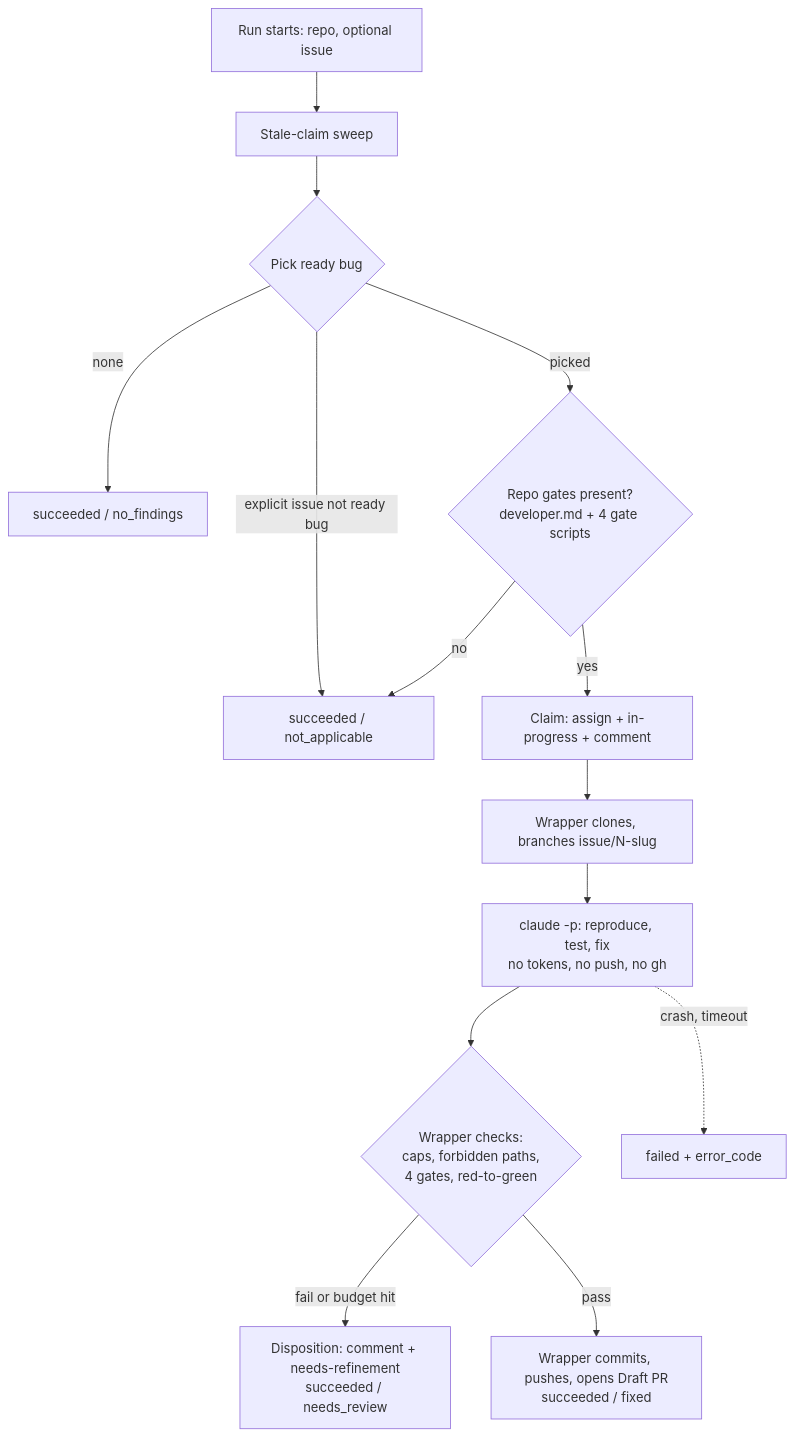
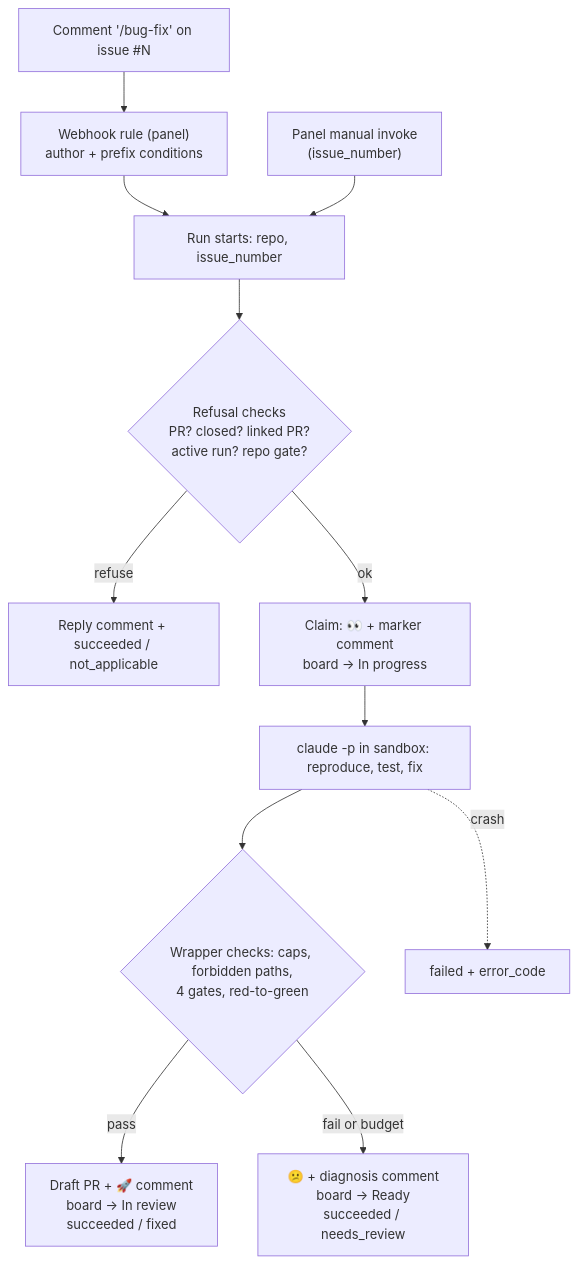
One commit to llipe/dev-tasks-agent-fleet changed the first of 2 diagrams in docs/requirements/prd-bug-fix-agent.md. Above: the diagram before and after it, drawn with Mermaid. The commit also changed other lines of this file and 8 other files, not shown here.

First line of the commit message:
docs(bug-fix): PRD v2.0 issue mode - /bug-fix trigger, no labels, Projects board

````diff
--- a/docs/requirements/prd-bug-fix-agent.md
+++ b/docs/requirements/prd-bug-fix-agent.md
@@ -27,16 +28,14 @@
 ```mermaid
 flowchart TD
-    A[Run starts: repo, optional issue] --> B[Stale-claim sweep]
-    B --> C{Pick ready bug}
-    C -- none --> N1[succeeded / no_findings]
-    C -- explicit issue not ready bug --> N2[succeeded / not_applicable]
-    C -- picked --> D{Repo gates present?<br/>developer.md + 4 gate scripts}
-    D -- no --> N2
-    D -- yes --> E[Claim: assign + in-progress + comment]
-    E --> F[Wrapper clones, branches issue/N-slug]
-    F --> G[claude -p: reproduce, test, fix<br/>no tokens, no push, no gh]
-    G --> H{Wrapper checks:<br/>caps, forbidden paths,<br/>4 gates, red-to-green}
-    H -- fail or budget hit --> I[Disposition: comment + needs-refinement<br/>succeeded / needs_review]
-    H -- pass --> J[Wrapper commits, pushes, opens Draft PR<br/>succeeded / fixed]
-    G -. crash, timeout .-> K[failed + error_code]
+    T["Comment '/bug-fix' on issue #N"] --> WH["Webhook rule (panel)<br/>author + prefix conditions"]
+    WH --> A["Run starts: repo, issue_number"]
+    M["Panel manual invoke<br/>(issue_number)"] --> A
+    A --> R{"Refusal checks<br/>PR? closed? linked PR?<br/>active run? repo gate?"}
+    R -- refuse --> N1["Reply comment + succeeded / not_applicable"]
+    R -- ok --> C["Claim: 👀 + marker comment<br/>board → In progress"]
+    C --> G["claude -p in sandbox: reproduce, test, fix"]
+    G --> H{"Wrapper checks: caps, forbidden paths,<br/>4 gates, red-to-green"}
+    H -- pass --> P["Draft PR + 🚀 comment<br/>board → In review<br/>succeeded / fixed"]
+    H -- fail or budget --> D["😕 + diagnosis comment<br/>board → Ready<br/>succeeded / needs_review"]
+    G -. crash .-> F["failed + error_code"]
 ```
````
